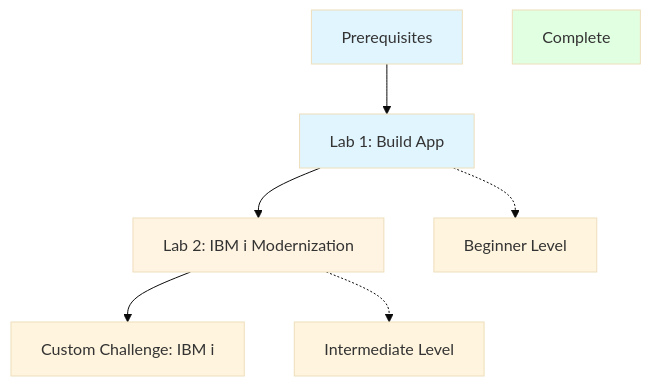
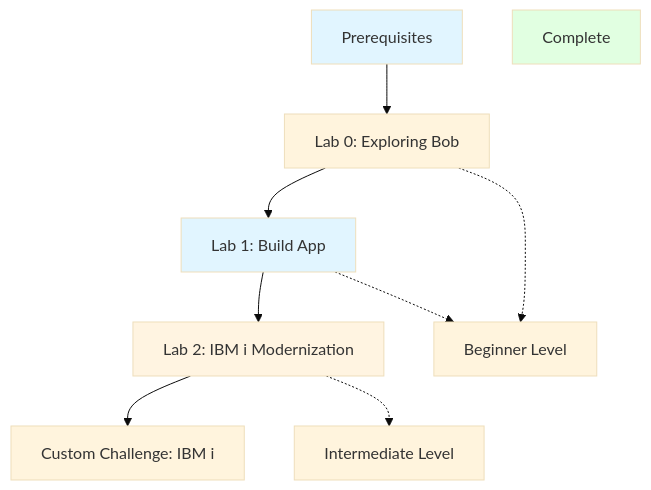
Before and after one commit to mgiessing/bobathon-ibm-i: the diagram in README.md, drawn with Mermaid (base theme). The commit also changed other lines of this file, not shown here.

Commit message:
Fix mermaid diag

````diff
--- a/README.md
+++ b/README.md
@@ -135,14 +135,16 @@
 ```mermaid
 graph TB
-    Start[Prerequisites] --> L1[Lab 1: Build App]
+    Start[Prerequisites] --> L0[Lab 0: Exploring Bob]
+    L0 --> L1[Lab 1: Build App]
     L1 --> L2[Lab 2: IBM i Modernization]
     L2 --> L3[Custom Challenge: IBM i]
     
+    L0 -.-> Beginner[Beginner Level]
     L1 -.-> Beginner[Beginner Level]
     L2 -.-> Intermediate[Intermediate Level]
     
     style Start fill:#e1f5ff
     style L1 fill:#e1f5ff
     style L2 fill:#fff4e1
     style Complete fill:#e1ffe1
 ```
````
